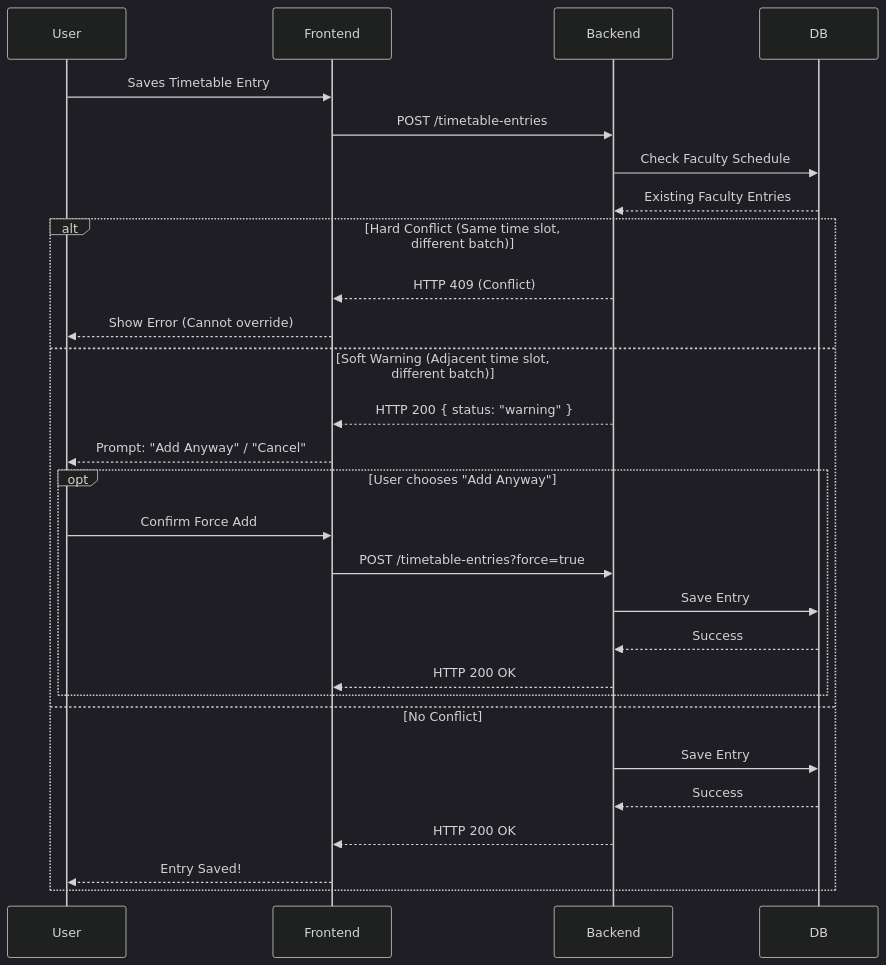
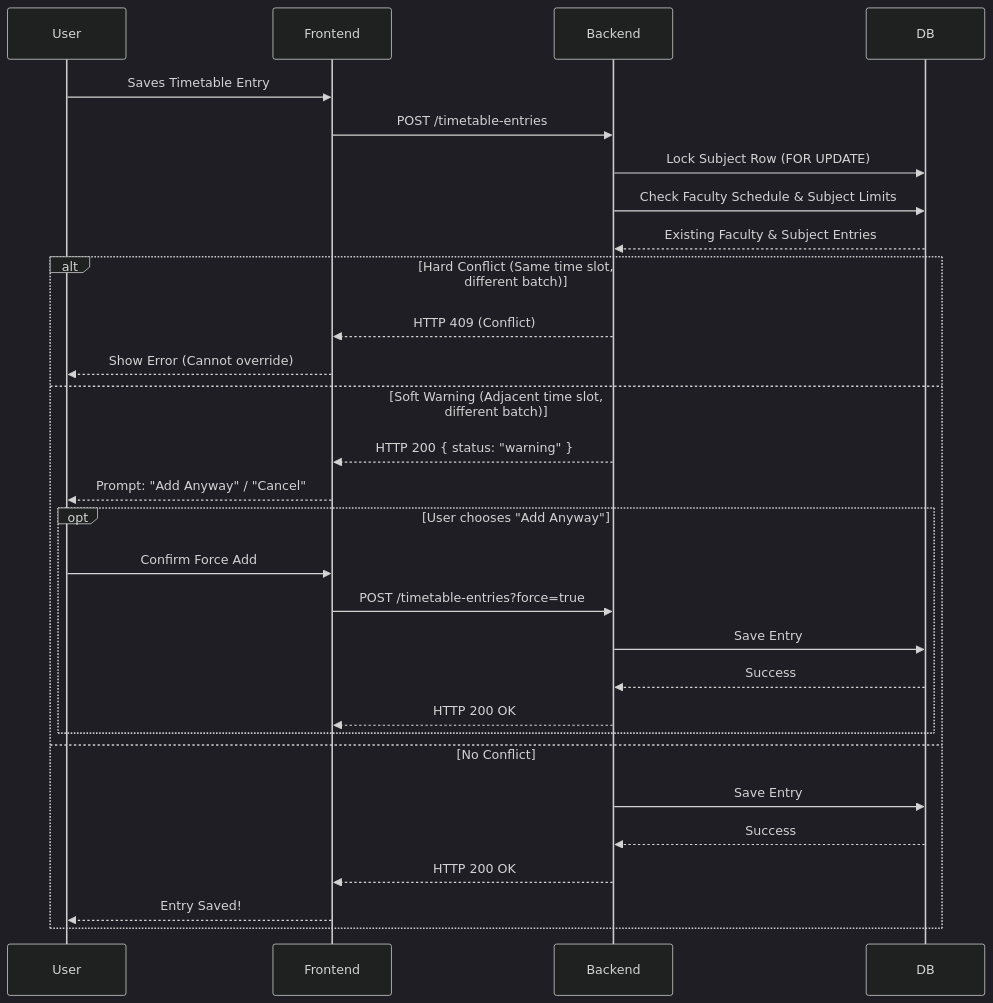
One commit to AnkitaKumariii/TimeTable changed the third of 3 diagrams in architecture.md. Above: the diagram before and after it, drawn with Mermaid (dark theme). The commit also changed other lines of this file and 1 other file, not shown here.

Commit message:
docs: update README and architecture docs with recent features

````diff
--- a/architecture.md
+++ b/architecture.md
@@ -101,32 +107,33 @@
 ```mermaid
 sequenceDiagram
     participant User
     participant Frontend
     participant Backend
     participant DB
 
     User->>Frontend: Saves Timetable Entry
     Frontend->>Backend: POST /timetable-entries
-    Backend->>DB: Check Faculty Schedule
-    DB-->>Backend: Existing Faculty Entries
+    Backend->>DB: Lock Subject Row (FOR UPDATE)
+    Backend->>DB: Check Faculty Schedule & Subject Limits
+    DB-->>Backend: Existing Faculty & Subject Entries
 
     alt Hard Conflict (Same time slot, different batch)
         Backend-->>Frontend: HTTP 409 (Conflict)
         Frontend-->>User: Show Error (Cannot override)
     else Soft Warning (Adjacent time slot, different batch)
         Backend-->>Frontend: HTTP 200 { status: "warning" }
         Frontend-->>User: Prompt: "Add Anyway" / "Cancel"
         opt User chooses "Add Anyway"
             User->>Frontend: Confirm Force Add
             Frontend->>Backend: POST /timetable-entries?force=true
             Backend->>DB: Save Entry
             DB-->>Backend: Success
             Backend-->>Frontend: HTTP 200 OK
         end
     else No Conflict
         Backend->>DB: Save Entry
         DB-->>Backend: Success
         Backend-->>Frontend: HTTP 200 OK
         Frontend-->>User: Entry Saved!
     end
 ```
````
